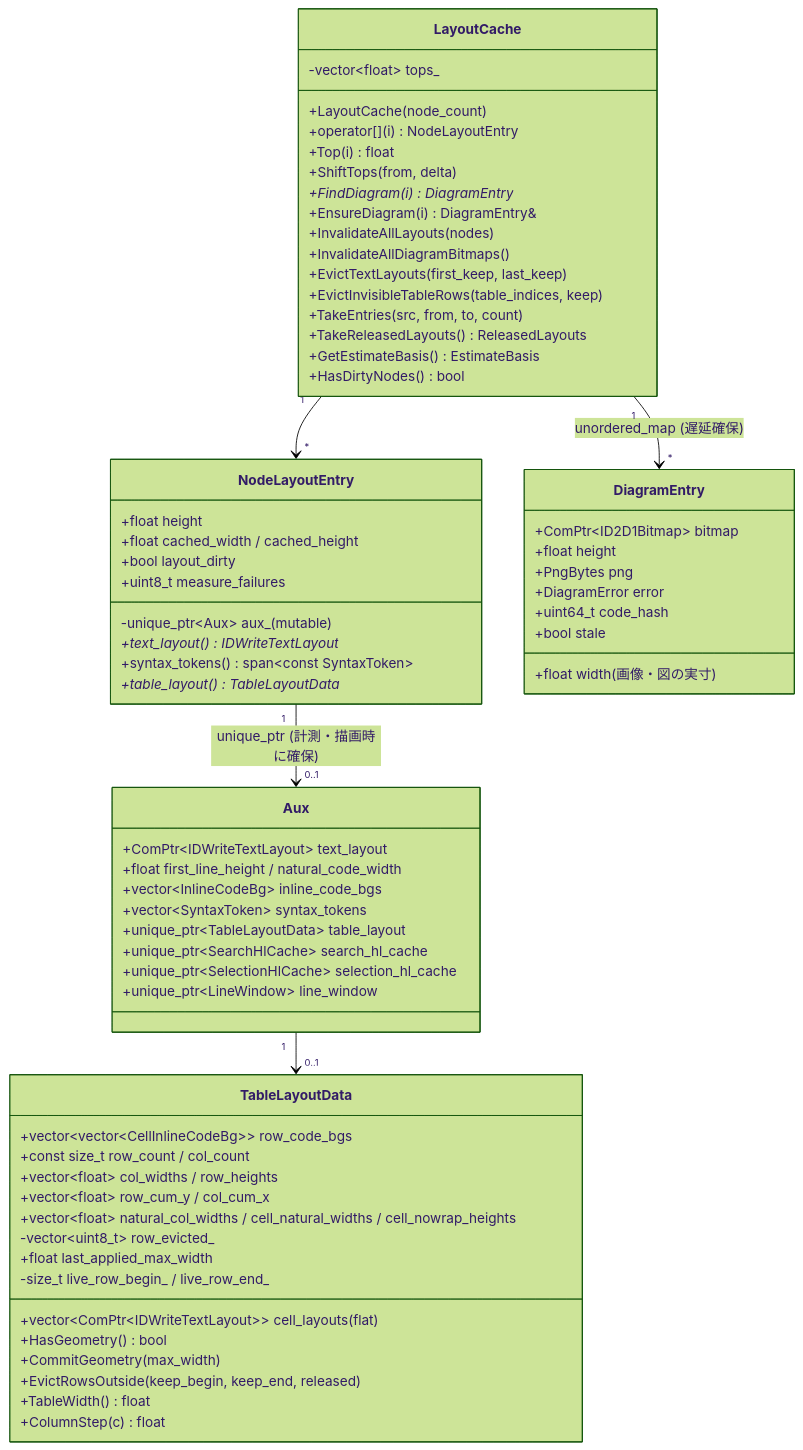
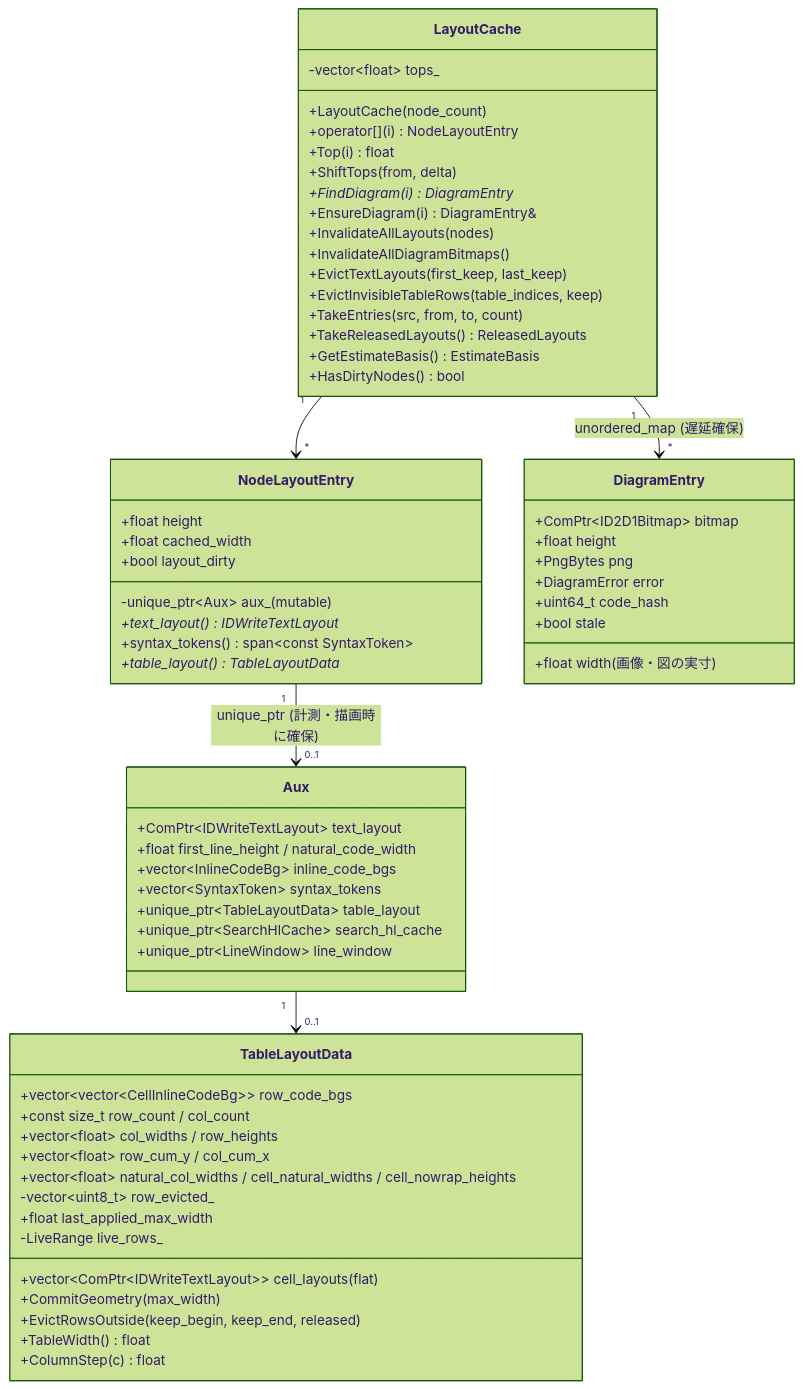
One commit to tanaton/mendo changed diagram 16 of 27 in example/test.md. Above: the diagram before and after it, drawn with Mermaid (forest theme). The commit also changed other lines of this file and 111 other files, not shown here.

````diff
--- a/example/test.md
+++ b/example/test.md
@@ -2900,74 +2883,71 @@
 ```mermaid
 classDiagram
     class LayoutCache {
         +LayoutCache(node_count)
         +operator[](i) NodeLayoutEntry
         +Top(i) float
         +ShiftTops(from, delta)
         +FindDiagram(i) DiagramEntry*
         +EnsureDiagram(i) DiagramEntry&
         +InvalidateAllLayouts(nodes)
         +InvalidateAllDiagramBitmaps()
         +EvictTextLayouts(first_keep, last_keep)
         +EvictInvisibleTableRows(table_indices, keep)
         +TakeEntries(src, from, to, count)
         +TakeReleasedLayouts() ReleasedLayouts
         +GetEstimateBasis() EstimateBasis
         +HasDirtyNodes() bool
         -vector~float~ tops_
     }
 
     class NodeLayoutEntry {
         +float height
-        +float cached_width / cached_height
+        +float cached_width
         +bool layout_dirty
-        +uint8_t measure_failures
         -unique_ptr~Aux~ aux_ (mutable)
         +text_layout() IDWriteTextLayout*
         +syntax_tokens() span~const SyntaxToken~
         +table_layout() TableLayoutData*
     }
 
     class Aux {
         +ComPtr~IDWriteTextLayout~ text_layout
         +float first_line_height / natural_code_width
         +vector~InlineCodeBg~ inline_code_bgs
         +vector~SyntaxToken~ syntax_tokens
         +unique_ptr~TableLayoutData~ table_layout
         +unique_ptr~SearchHlCache~ search_hl_cache
-        +unique_ptr~SelectionHlCache~ selection_hl_cache
         +unique_ptr~LineWindow~ line_window
     }
 
     class TableLayoutData {
         +vector~ComPtr~IDWriteTextLayout~~ cell_layouts (flat)
         +vector~vector~CellInlineCodeBg~~ row_code_bgs
         +const size_t row_count / col_count
         +vector~float~ col_widths / row_heights
         +vector~float~ row_cum_y / col_cum_x
         +vector~float~ natural_col_widths / cell_natural_widths / cell_nowrap_heights
         -vector~uint8_t~ row_evicted_
         +float last_applied_max_width
-        -size_t live_row_begin_ / live_row_end_
-        +HasGeometry() bool
+        -LiveRange live_rows_
         +CommitGeometry(max_width)
         +EvictRowsOutside(keep_begin, keep_end, released)
         +TableWidth() float
         +ColumnStep(c) float
     }
 
     class DiagramEntry {
         +ComPtr~ID2D1Bitmap~ bitmap
         +float width (画像・図の実寸)
         +float height
         +PngBytes png
         +DiagramError error
         +uint64_t code_hash
         +bool stale
     }
 
     LayoutCache "1" --> "*" NodeLayoutEntry
     LayoutCache "1" --> "*" DiagramEntry : unordered_map (遅延確保)
     NodeLayoutEntry "1" --> "0..1" Aux : unique_ptr (計測・描画時に確保)
     Aux "1" --> "0..1" TableLayoutData
 ```
````
